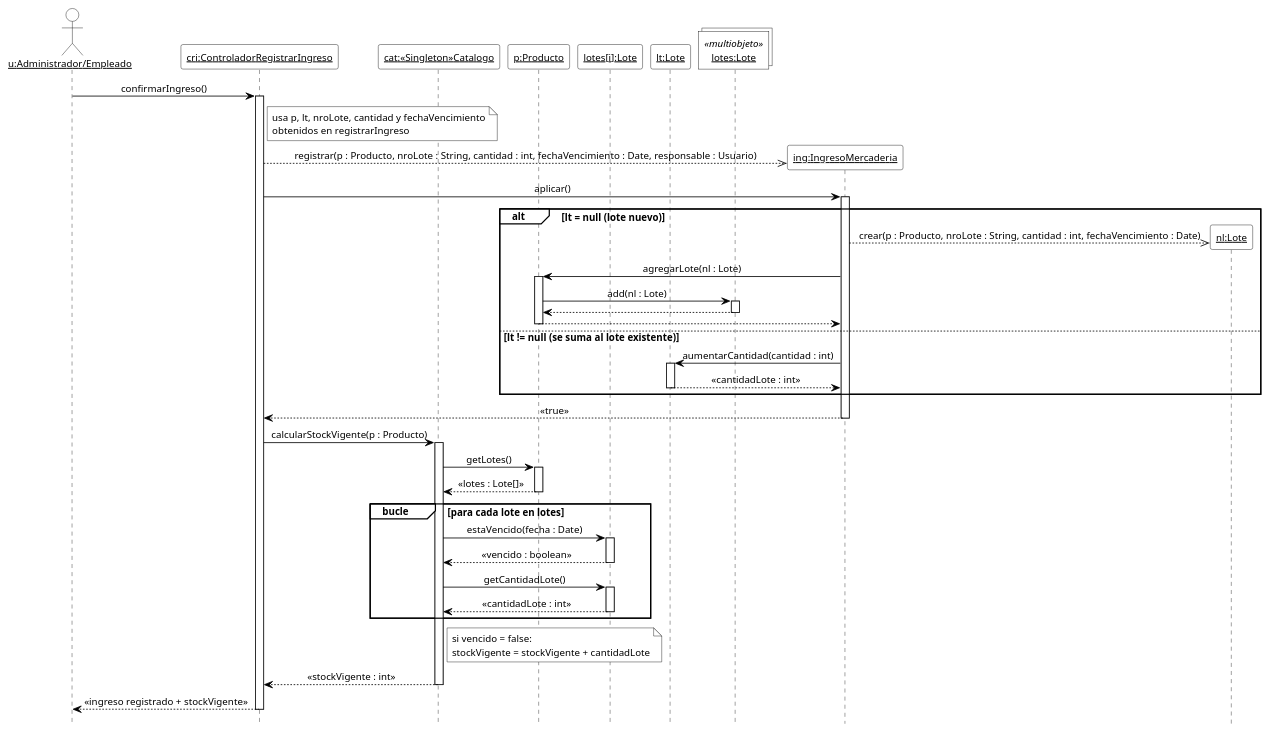
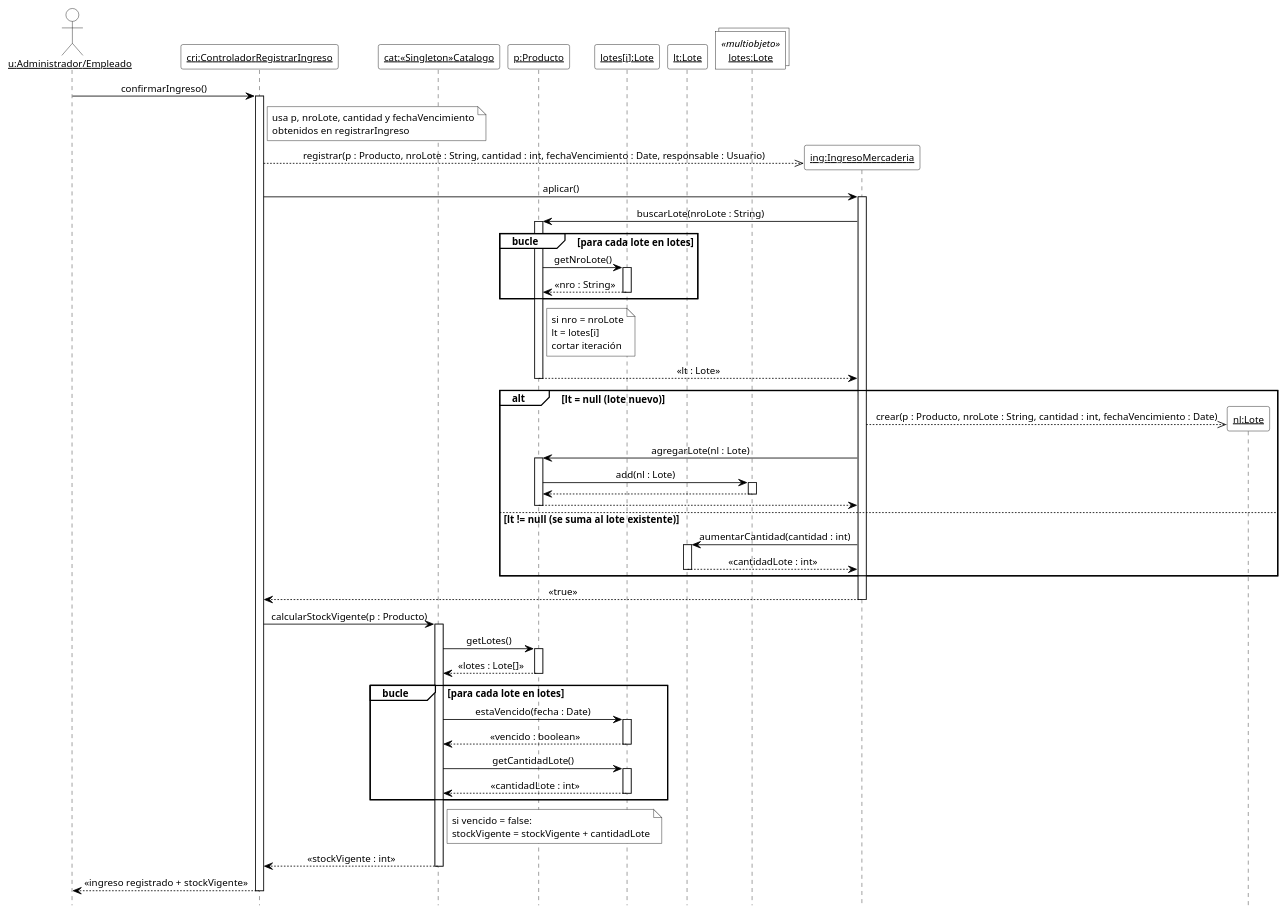
One commit to cirotop/Stock-Project changed the diagram in 08-Diagrama De Secuencia/DSD_CU-05_confirmarIngreso.puml. Above: the diagram before and after it, drawn with PlantUML. The commit also changed 6 other files, not shown here.

```diff
--- a/08-Diagrama De Secuencia/DSD_CU-05_confirmarIngreso.puml
+++ b/08-Diagrama De Secuencia/DSD_CU-05_confirmarIngreso.puml
@@ -1,62 +1,73 @@
 @startuml DSD_CU-05_confirmarIngreso
 ' Diagrama de Secuencia de Diseño (DSD) - CU-05 Registrar ingreso de mercadería - confirmarIngreso
 ' Estilo de los ejemplos de la teoría (introducirArticulo / crearNuevaVenta).
 hide footbox
 skinparam shadowing false
 skinparam defaultFontName Arial
 skinparam defaultFontSize 12
 skinparam sequenceMessageAlign center
 skinparam ArrowColor black
 skinparam ParticipantBackgroundColor white
 skinparam ParticipantBorderColor black
 skinparam CollectionsBackgroundColor white
 skinparam CollectionsBorderColor black
 skinparam ActorBackgroundColor white
 skinparam ActorBorderColor black
 skinparam LifeLineBorderColor black
 skinparam LifeLineBackgroundColor white
 skinparam SequenceGroupBackgroundColor white
 skinparam SequenceGroupBorderColor black
 skinparam SequenceGroupHeaderFontColor black
 skinparam NoteBackgroundColor white
 skinparam NoteBorderColor black
 
 actor "<u>u:Administrador/Empleado</u>" as u
 participant "<u>cri:ControladorRegistrarIngreso</u>" as cri
 participant "<u>cat:«Singleton»Catalogo</u>" as cat
 participant "<u>p:Producto</u>" as p
 participant "<u>lotes[i]:Lote</u>" as li
 participant "<u>lt:Lote</u>" as lt
 collections "<u>lotes:Lote</u>" as ml <<multiobjeto>>
 
 u -> cri ++ : confirmarIngreso()
-note right of cri : usa p, lt, nroLote, cantidad y fechaVencimiento\nobtenidos en registrarIngreso
+note right of cri : usa p, nroLote, cantidad y fechaVencimiento\nobtenidos en registrarIngreso
 create participant "<u>ing:IngresoMercaderia</u>" as ing
 cri -->> ing : registrar(p : Producto, nroLote : String, cantidad : int, fechaVencimiento : Date, responsable : Usuario)
 cri -> ing ++ : aplicar()
+ing -> p ++ : buscarLote(nroLote : String)
+group bucle [para cada lote en lotes]
+  p -> li ++ : getNroLote()
+  li --> p -- : «nro : String»
+end
+note right of p
+  si nro = nroLote
+  lt = lotes[i]
+  cortar iteración
+end note
+p --> ing -- : «lt : Lote»
 alt lt = null (lote nuevo)
   create participant "<u>nl:Lote</u>" as nl
   ing -->> nl : crear(p : Producto, nroLote : String, cantidad : int, fechaVencimiento : Date)
   ing -> p ++ : agregarLote(nl : Lote)
   p -> ml ++ : add(nl : Lote)
   ml --> p --
   p --> ing --
 else lt != null (se suma al lote existente)
   ing -> lt ++ : aumentarCantidad(cantidad : int)
   lt --> ing -- : «cantidadLote : int»
 end
 ing --> cri -- : «true»
 cri -> cat ++ : calcularStockVigente(p : Producto)
 cat -> p ++ : getLotes()
 p --> cat -- : «lotes : Lote[]»
 group bucle [para cada lote en lotes]
   cat -> li ++ : estaVencido(fecha : Date)
   li --> cat -- : «vencido : boolean»
   cat -> li ++ : getCantidadLote()
   li --> cat -- : «cantidadLote : int»
 end
 note right of cat : si vencido = false:\nstockVigente = stockVigente + cantidadLote
 cat --> cri -- : «stockVigente : int»
 cri --> u -- : «ingreso registrado + stockVigente»
 
 @enduml
```
